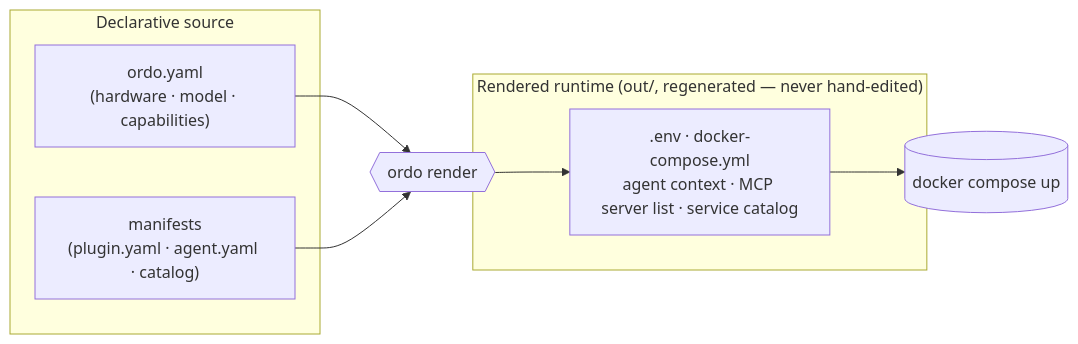
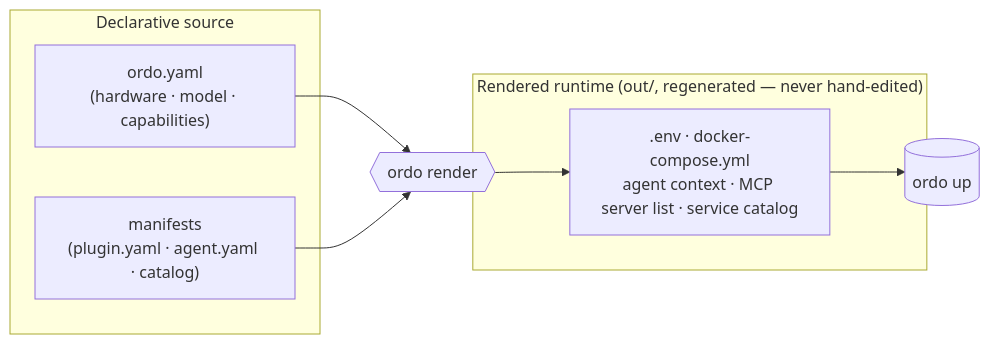
Before and after one commit to AlienWalker1995/Ordo-AI-Stack: the first of 2 diagrams in README.md, drawn with Mermaid. The commit also changed 13 other files, not shown here.

````diff
--- a/README.md
+++ b/README.md
@@ -81,16 +81,16 @@
 ```mermaid
 flowchart LR
     subgraph source["Declarative source"]
         Y["ordo.yaml<br/>(hardware · model · capabilities)"]
         M["manifests<br/>(plugin.yaml · agent.yaml · catalog)"]
     end
     R{{"ordo render"}}
     subgraph out["Rendered runtime (out/, regenerated — never hand-edited)"]
         C[".env · docker-compose.yml<br/>agent context · MCP server list · service catalog"]
     end
-    D[("docker compose up")]
+    D[("ordo up")]
     Y --> R
     M --> R
     R --> C
     C --> D
 ```
````
